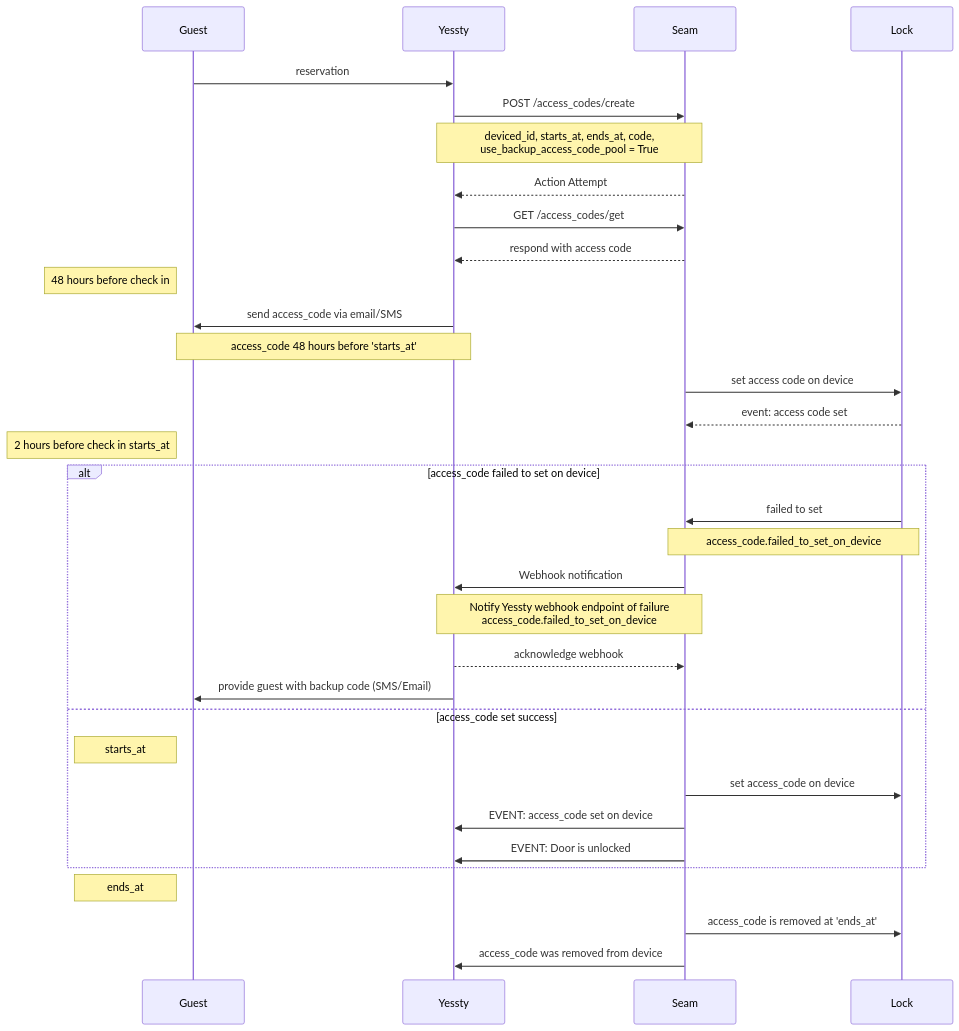
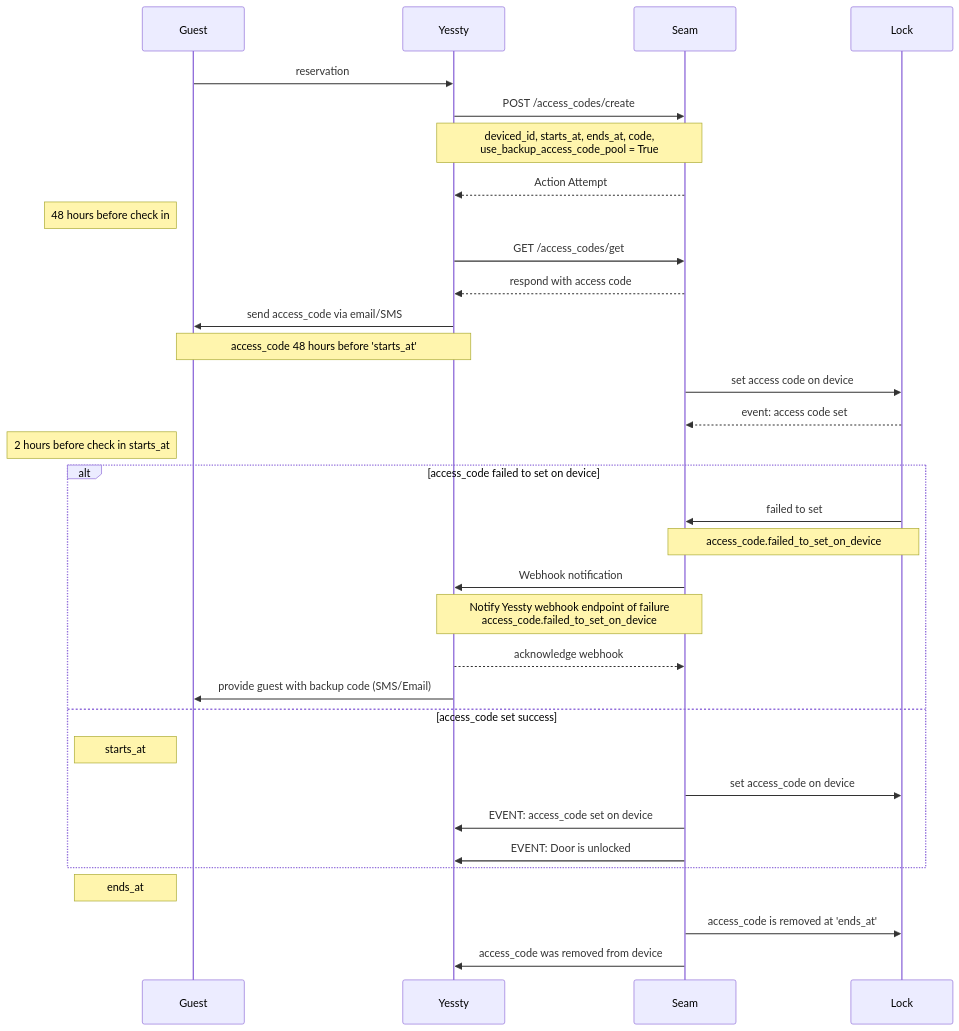
The diagram in README.md (alexrigler/seam-demo), drawn with Mermaid before and after one commit. The commit also changed other lines of this file and 3 other files, not shown here.

````diff
--- a/README.md
+++ b/README.md
@@ -22,43 +28,43 @@
 ```mermaid
 sequenceDiagram
     participant Guest
     participant Yessty
     participant Seam 
     participant Lock
 
     Guest->>Yessty: reservation
     Yessty->>Seam: POST /access_codes/create
 
     Note over Yessty,Seam: deviced_id, starts_at, ends_at, code, <br/> use_backup_access_code_pool = True
     Seam-->>Yessty: Action Attempt
-    Yessty->>Seam: GET /access_codes/get
-    Seam-->>Yessty: respond with access code
 
     %% Yessty provides their guest with access code
     Note left of Guest: 48 hours before check in
+    Yessty->>Seam: GET /access_codes/get
+    Seam-->>Yessty: respond with access code
     Yessty->>Guest: send access_code via email/SMS
     Note over Guest,Yessty: access_code 48 hours before 'starts_at'
     Seam->>Lock: set access code on device
     Lock-->>Seam: event: access code set
 
     %% if Yessty recieves webhook
     Note left of Guest: 2 hours before check in starts_at
     alt access_code failed to set on device
         Lock->>Seam: failed to set
         Note over Seam,Lock: access_code.failed_to_set_on_device
         Seam->>Yessty: Webhook notification
         Note over Yessty,Seam: Notify Yessty webhook endpoint of failure <br/> access_code.failed_to_set_on_device
         Yessty-->>Seam: acknowledge webhook 
         Yessty->>Guest: provide guest with backup code (SMS/Email)
 
     else access_code set success
         Note left of Guest: starts_at
         Seam->>Lock: set access_code on device
         Seam->>Yessty: EVENT: access_code set on device
         Seam->>Yessty: EVENT: Door is unlocked
 
     end
     Note left of Guest: ends_at
     Seam->>Lock: access_code is removed at 'ends_at'
     Seam->>Yessty: access_code was removed from device
 ```
````
